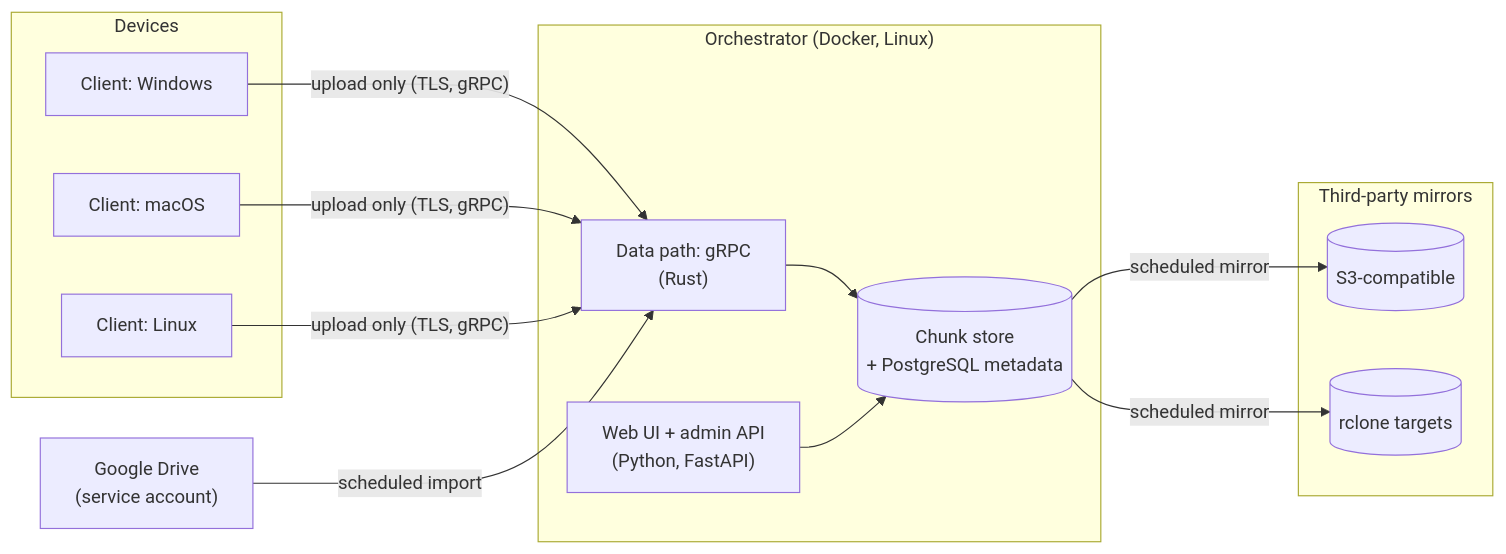
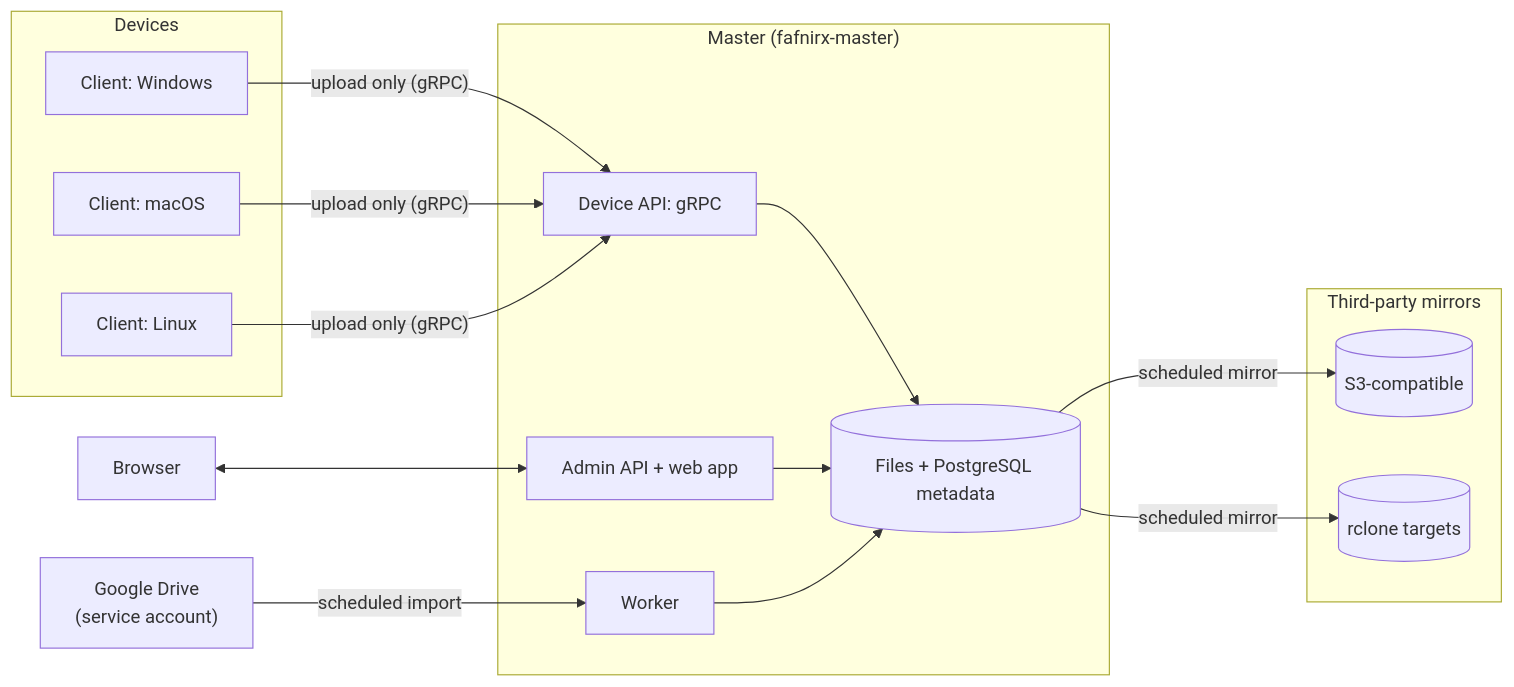
One commit to jameelhamdan/fafnirx changed the diagram in docs/spec.md. Above: the diagram before and after it, drawn with Mermaid. The commit also changed other lines of this file and 221 other files, not shown here.

````diff
--- a/docs/spec.md
+++ b/docs/spec.md
@@ -23,30 +26,32 @@
 ```mermaid
 flowchart LR
     subgraph Devices
         C1["Client: Windows"]
         C2["Client: macOS"]
         C3["Client: Linux"]
     end
 
-    subgraph Orchestrator["Orchestrator (Docker, Linux)"]
-        ENG["Data path: gRPC<br/>(Rust)"]
-        API["Web UI + admin API<br/>(Python, FastAPI)"]
-        STORE[("Chunk store<br/>+ PostgreSQL metadata")]
-        ENG --> STORE
+    subgraph Master["Master (fafnirx-master)"]
+        GRPC["Device API: gRPC"]
+        API["Admin API + web app"]
+        WORK["Worker"]
+        STORE[("Files + PostgreSQL metadata")]
+        GRPC --> STORE
         API --> STORE
+        WORK --> STORE
     end
 
     GD["Google Drive<br/>(service account)"]
+    BR["Browser"]
 
     subgraph Mirrors["Third-party mirrors"]
         S3[("S3-compatible")]
         RC[("rclone targets")]
     end
 
-    C1 -- "upload only (TLS, gRPC)" --> ENG
-    C2 -- "upload only (TLS, gRPC)" --> ENG
-    C3 -- "upload only (TLS, gRPC)" --> ENG
-    GD -- "scheduled import" --> ENG
+    C1 & C2 & C3 -- "upload only (gRPC)" --> GRPC
+    BR <--> API
+    GD -- "scheduled import" --> WORK
     STORE -- "scheduled mirror" --> S3
     STORE -- "scheduled mirror" --> RC
 ```
````
